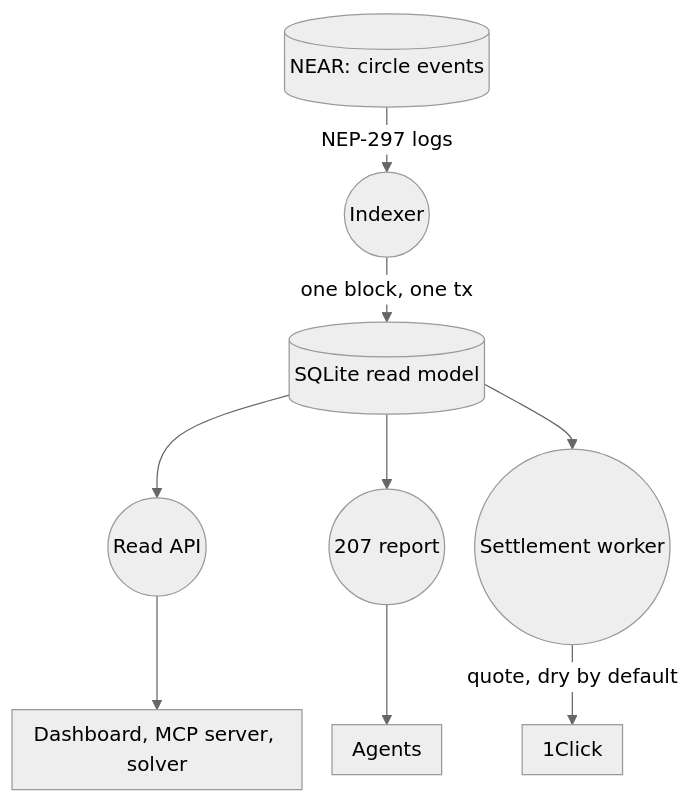
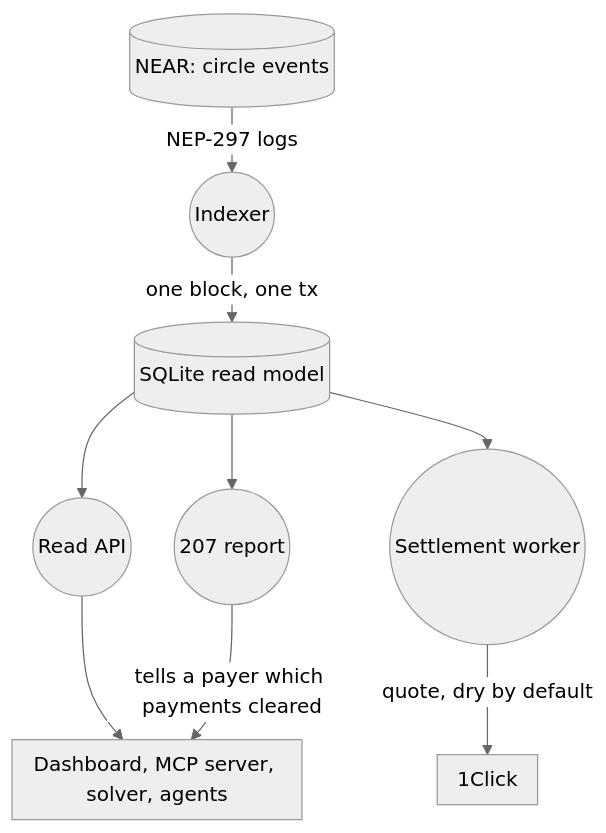
One commit to x207-labs/backend changed the diagram in README.md. Above: the diagram before and after it, drawn with Mermaid (neutral theme). The commit also changed other lines of this file and 1 other file, not shown here.

````diff
--- a/README.md
+++ b/README.md
@@ -9,12 +35,12 @@
 ```mermaid
 %%{init: {"flowchart": {"nodeSpacing": 24, "rankSpacing": 28, "padding": 8}}}%%
 flowchart TB
   CH[("NEAR: circle events")] -->|"NEP-297 logs"| IX(("Indexer"))
   IX -->|"one block, one tx"| DB[("SQLite read model")]
   DB --> API(("Read API"))
   DB --> R7(("207 report"))
   DB --> WK(("Settlement worker"))
   WK -->|"quote, dry by default"| OC["1Click"]
-  API --> CL["Dashboard, MCP server, solver"]
-  R7 --> AG["Agents"]
+  API --> RD["Dashboard, MCP server, solver, agents"]
+  R7 -->|"tells a payer which payments cleared"| RD
 ```
````
